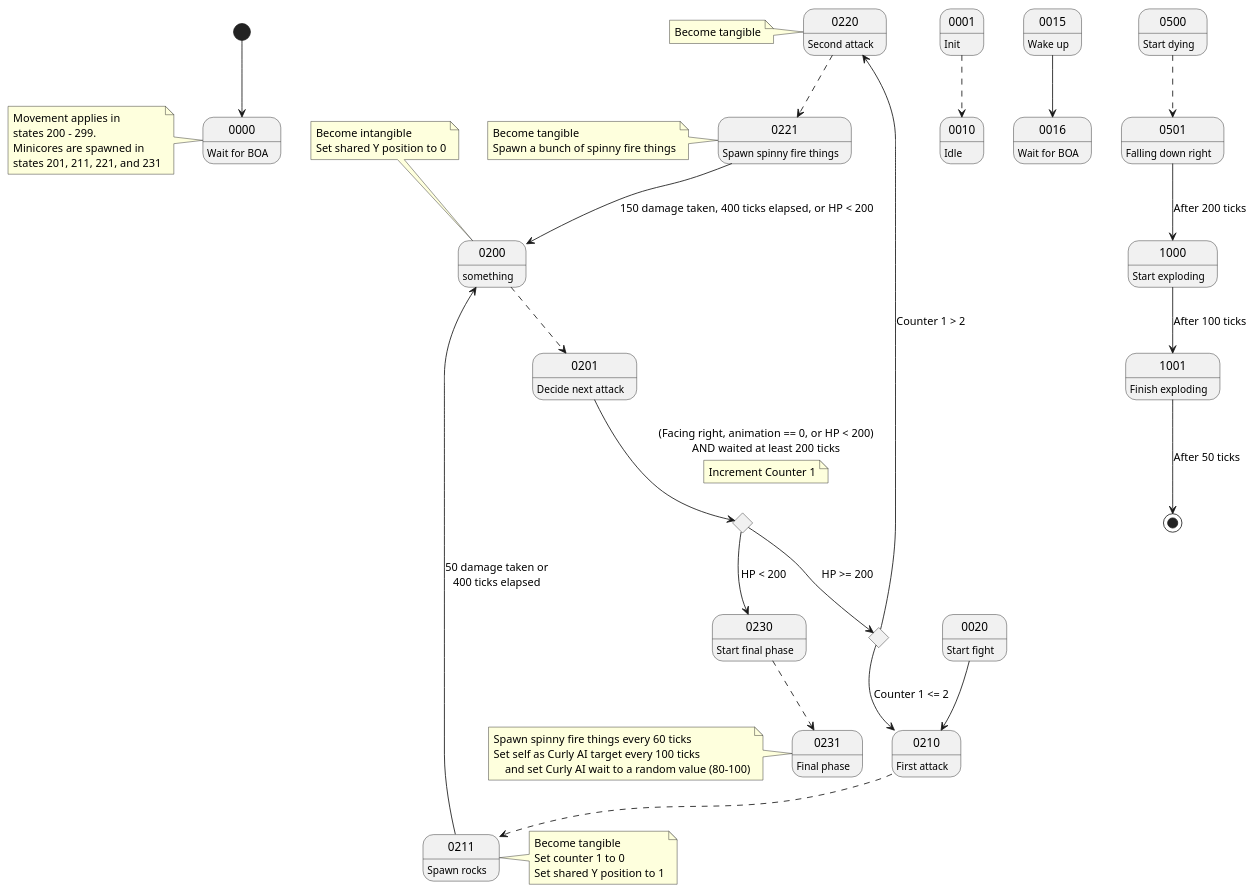
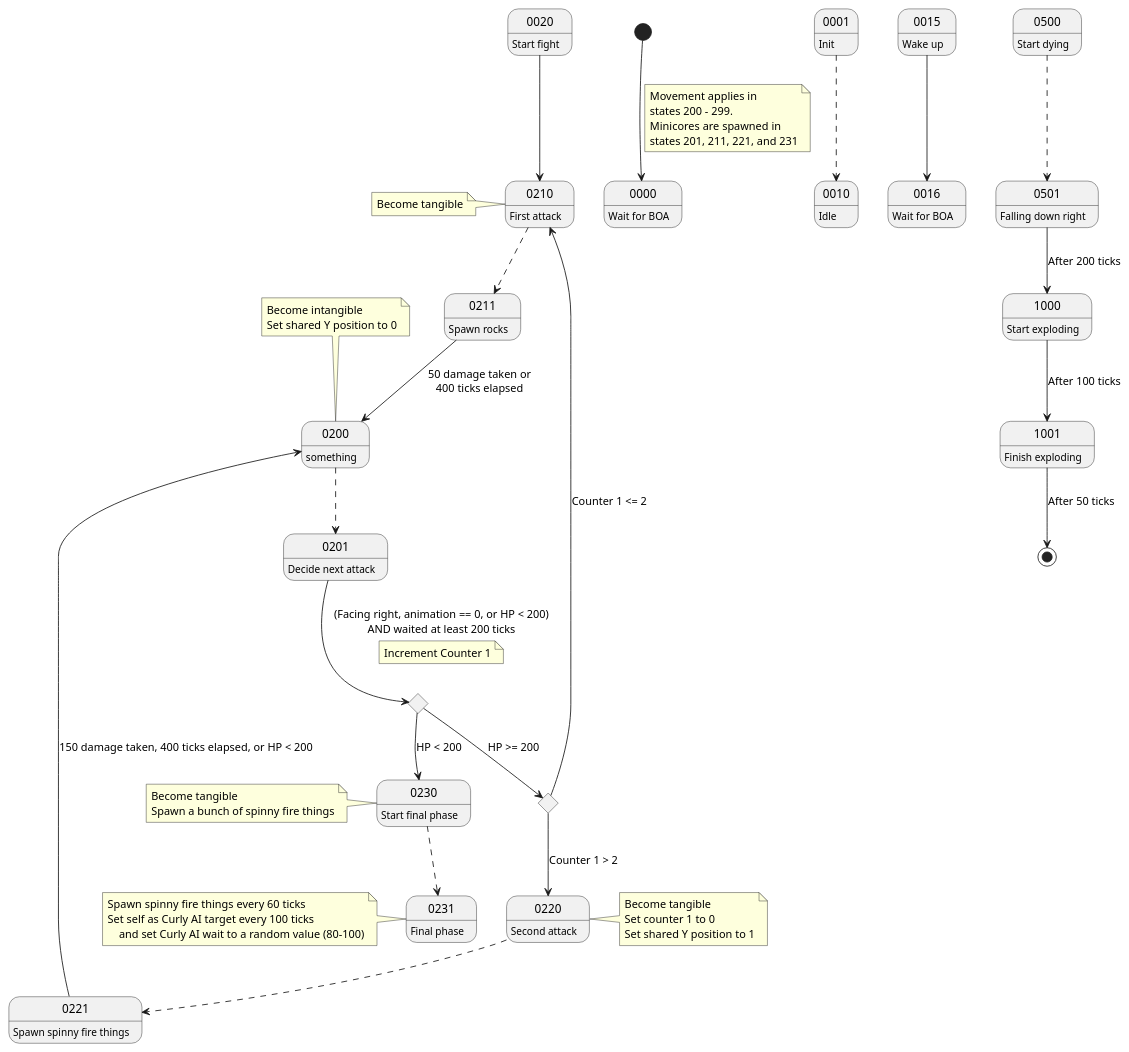
One commit to CaveStoryModdingCommunity/ANP-Graphs changed the first of 6 diagrams in BOA/Boss_7_-_Undead_Core.wsd. Above: the diagram before and after it, drawn with PlantUML. The commit also changed other lines of this file and 17 other files, not shown here.

```diff
--- a/BOA/Boss_7_-_Undead_Core.wsd
+++ b/BOA/Boss_7_-_Undead_Core.wsd
@@ -1,91 +1,91 @@
 @startuml Boss 7 - Undead Core
 
 [*] --> 0000
-note left
+note on link
 Movement applies in
 states 200 - 299.
 Minicores are spawned in
 states 201, 211, 221, and 231
 end note
 
 0000 : Wait for BOA
 
 0001 : Init
 0001 -[dashed]-> 0010
 
 0010 : Idle
 
 0015 : Wake up
 0015 --> 0016
 
 0016 : Wait for BOA
 
 0020 : Start fight
 0020 --> 0210
 
 0200 : something
-note top
+note top of 0200
 Become intangible
 Set shared Y position to 0
 end note
 0200 -[dashed]-> 0201
 
 0201 : Decide next attack
 state c1 <<choice>>
 state c2 <<choice>>
 0201 --> c1 : (Facing right, animation == 0, or HP < 200)\nAND waited at least 200 ticks
 note on link : Increment Counter 1
 
 c1 --> 0230 : HP < 200
 c1 --> c2 : HP >= 200
 
 c2 --> 0220 : Counter 1 > 2
 c2 --> 0210 : Counter 1 <= 2
 
 0210 : First attack
-note left
+note left of 0210
 Become tangible
 end note
 0210 -[dashed]-> 0211
 
 0211 : Spawn rocks
 0211 --> 0200 : 50 damage taken or\n400 ticks elapsed
 
 0220 : Second attack
-note right
+note right of 0220
 Become tangible
 Set counter 1 to 0
 Set shared Y position to 1
 end note
 0220 -[dashed]-> 0221
 
 0221 : Spawn spinny fire things
 0221 --> 0200 : 150 damage taken, 400 ticks elapsed, or HP < 200 
 
 0230 : Start final phase
-note left
+note left of 0230
 Become tangible
 Spawn a bunch of spinny fire things
 end note
 0230 -[dashed]-> 0231
 
 0231 : Final phase
-note left
+note left of 0231
 Spawn spinny fire things every 60 ticks
 Set self as Curly AI target every 100 ticks
     and set Curly AI wait to a random value (80-100)
 end note
 
 0500 : Start dying
 0500 -[dashed]-> 0501
 
 0501 : Falling down right
 0501 --> 1000 : After 200 ticks
 
 1000 : Start exploding
 1000 --> 1001 : After 100 ticks
 
 1001 : Finish exploding
 1001 --> [*] : After 50 ticks
 
 @enduml
```
